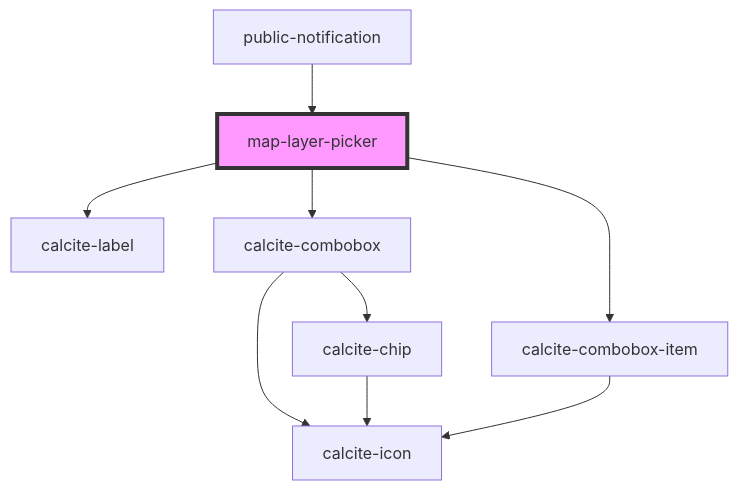
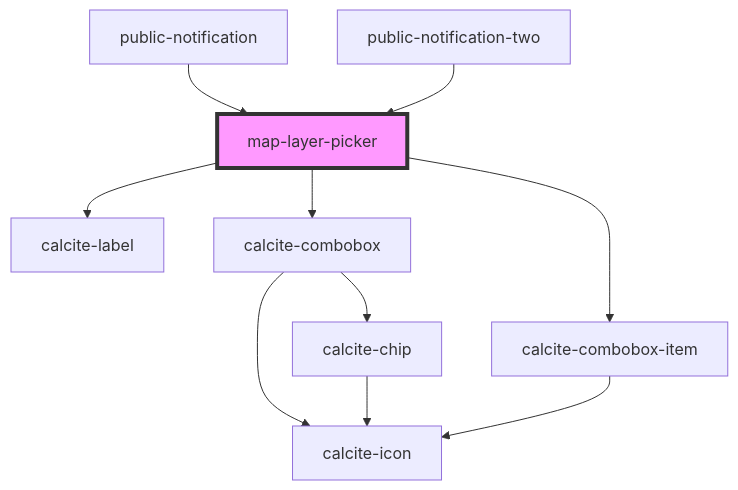
The diagram in src/components/map-layer-picker/readme.md (Esri/solutions-components), drawn with Mermaid before and after one commit. The commit also changed other lines of this file and 13 other files, not shown here.

````diff
--- a/src/components/map-layer-picker/readme.md
+++ b/src/components/map-layer-picker/readme.md
@@ -37,12 +38,13 @@
 ```mermaid
 graph TD;
   map-layer-picker --> calcite-label
   map-layer-picker --> calcite-combobox
   map-layer-picker --> calcite-combobox-item
   calcite-combobox --> calcite-chip
   calcite-combobox --> calcite-icon
   calcite-chip --> calcite-icon
   calcite-combobox-item --> calcite-icon
   public-notification --> map-layer-picker
+  public-notification-two --> map-layer-picker
   style map-layer-picker fill:#f9f,stroke:#333,stroke-width:4px
 ```
````
